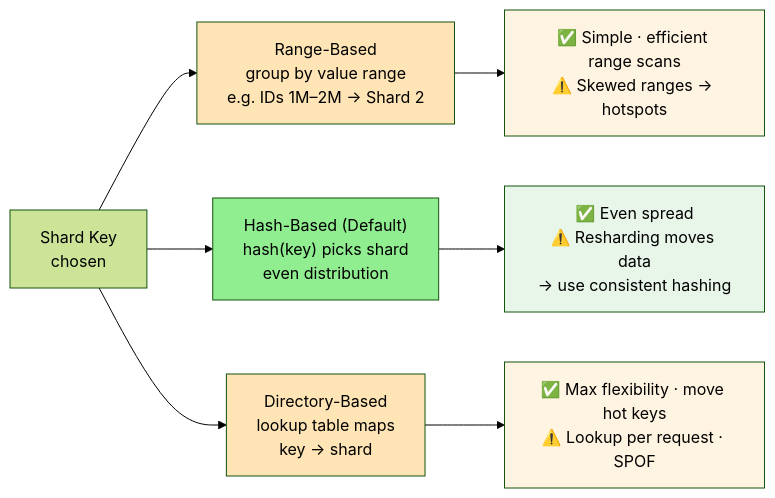
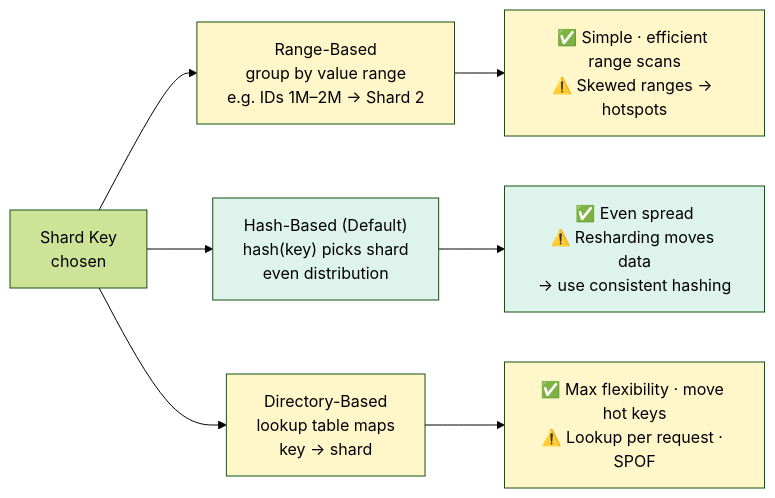
One commit to cartmancodes/InterviewVault changed the first of 2 diagrams in LLD/SystemDesign/CoreConcepts/Sharding.md. Above: the diagram before and after it, drawn with Mermaid (forest theme). The commit also changed other lines of this file and 679 other files, not shown here.

Commit message:
Unify content diagrams and add accessible visual walkthroughs

````diff
--- a/LLD/SystemDesign/CoreConcepts/Sharding.md
+++ b/LLD/SystemDesign/CoreConcepts/Sharding.md
@@ -100,17 +104,17 @@
 ```mermaid
 graph LR
     K[Shard Key<br/>chosen] --> R["Range-Based<br/>group by value range<br/>e.g. IDs 1M–2M → Shard 2"]
     K --> H["Hash-Based (Default)<br/>hash(key) picks shard<br/>even distribution"]
     K --> D["Directory-Based<br/>lookup table maps<br/>key → shard"]
 
     R --> R1["✅ Simple · efficient range scans<br/>⚠️ Skewed ranges → hotspots"]
     H --> H1["✅ Even spread<br/>⚠️ Resharding moves data<br/>→ use consistent hashing"]
     D --> D1["✅ Max flexibility · move hot keys<br/>⚠️ Lookup per request · SPOF"]
 
-    style H fill:#90EE90
-    style H1 fill:#e8f5e9
-    style R fill:#FFE4B5
-    style D fill:#FFE4B5
-    style R1 fill:#fff4e1
-    style D1 fill:#fff4e1
+    style H fill:#DDF3EC
+    style H1 fill:#DDF3EC
+    style R fill:#FFF6C9
+    style D fill:#FFF6C9
+    style R1 fill:#FFF6C9
+    style D1 fill:#FFF6C9
 ```
````
